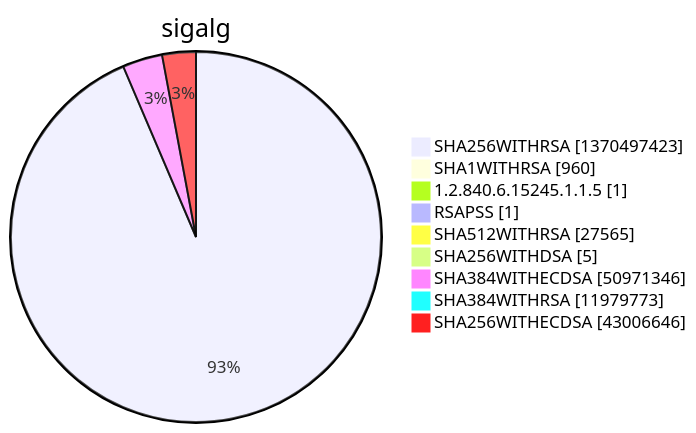
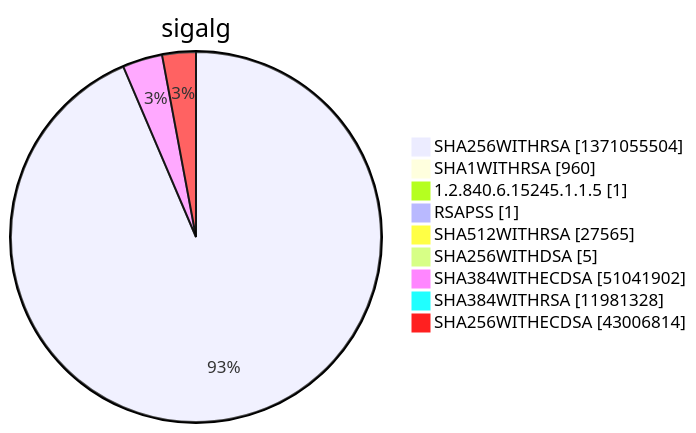
Diagram 15 of 15 in argon2022/README.md (christiankrug/ctmonitor_visualization), drawn with Mermaid before and after one commit. The commit also changed other lines of this file, not shown here.

````diff
--- a/argon2022/README.md
+++ b/argon2022/README.md
@@ -5524,13 +5524,13 @@
 ```mermaid
 pie showData
 title sigalg
-"SHA256WITHRSA" :1370497423
+"SHA256WITHRSA" :1371055504
 "SHA1WITHRSA" :960
 "1.2.840.6.15245.1.1.5" :1
 "RSAPSS" :1
 "SHA512WITHRSA" :27565
 "SHA256WITHDSA" :5
-"SHA384WITHECDSA" :50971346
-"SHA384WITHRSA" :11979773
-"SHA256WITHECDSA" :43006646
+"SHA384WITHECDSA" :51041902
+"SHA384WITHRSA" :11981328
+"SHA256WITHECDSA" :43006814
 ```
````
